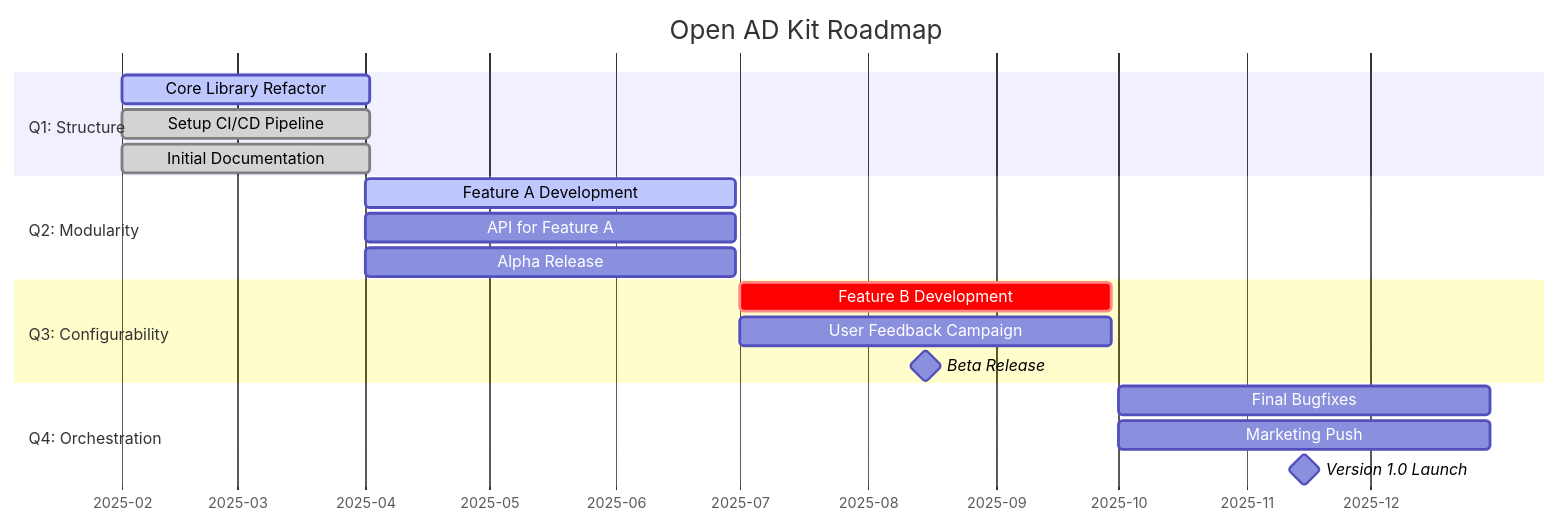
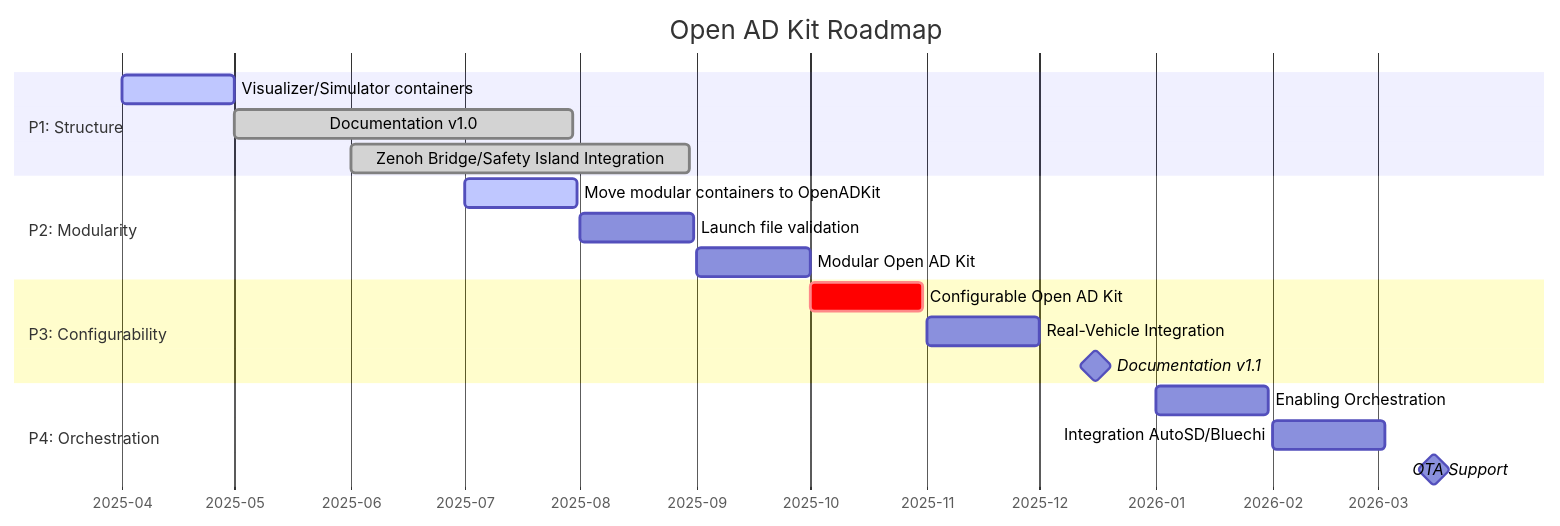
One commit to autowarefoundation/openadkit changed the diagram in README.md. Above: the diagram before and after it, drawn with Mermaid.

````diff
--- a/README.md
+++ b/README.md
@@ -65,26 +65,26 @@
 ```mermaid
 gantt
     title Open AD Kit Roadmap
     dateFormat  YYYY-MM-DD
     axisFormat %Y-%m
 
-    section Q1: Structure
-    Core Library Refactor  :active, done, 2025-02-01, 60d
-    Setup CI/CD Pipeline :done, 2025-02-01, 60d
-    Initial Documentation  :done, 2025-02-01, 60d
+    section P1: Structure
+    Visualizer/Simulator containers  :active, done, 2025-04-01, 30d
+    Documentation v1.0 :done, 2025-05-01, 90d
+    Zenoh Bridge/Safety Island Integration :done, 2025-06-01, 90d
 
-    section Q2: Modularity
-    Feature A Development  :active, 2025-04-01, 90d
-    API for Feature A    :2025-04-01, 90d
-    Alpha Release        :2025-04-01, 90d
+    section P2: Modularity
+    Move modular containers to OpenADKit  :active, 2025-07-01, 30d
+    Launch file validation    :2025-08-01, 30d
+    Modular Open AD Kit        :2025-09-01, 30d
 
-    section Q3: Configurability
-    Feature B Development  :crit, 2025-07-01, 90d
-    User Feedback Campaign :2025-07-01, 90d
-    Beta Release         :milestone, 2025-07-01, 90d
+    section P3: Configurability
+    Configurable Open AD Kit  :crit, 2025-10-01, 30d
+    Real-Vehicle Integration :2025-11-01, 30d
+    Documentation v1.1         :milestone, 2025-12-01, 30d
 
-    section Q4: Orchestration
-    Final Bugfixes       :2025-10-01, 90d
-    Marketing Push       :2025-10-01, 90d
-    Version 1.0 Launch   :milestone, 2025-10-01, 90d
+    section P4: Orchestration
+    Enabling Orchestration       :2026-01-01, 30d
+    Integration AutoSD/Bluechi       :2026-02-01, 30d
+    OTA Support   :milestone, 2026-03-01, 30d
 ```
````
